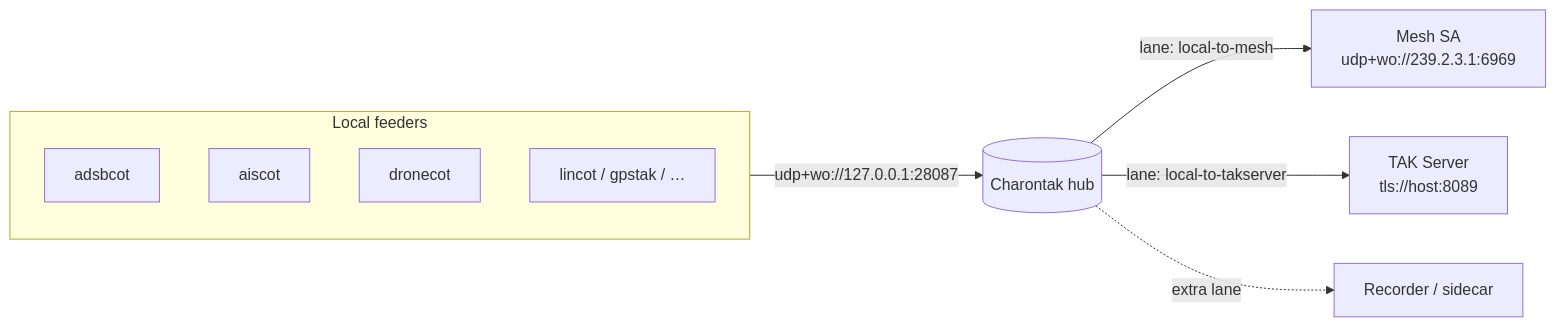
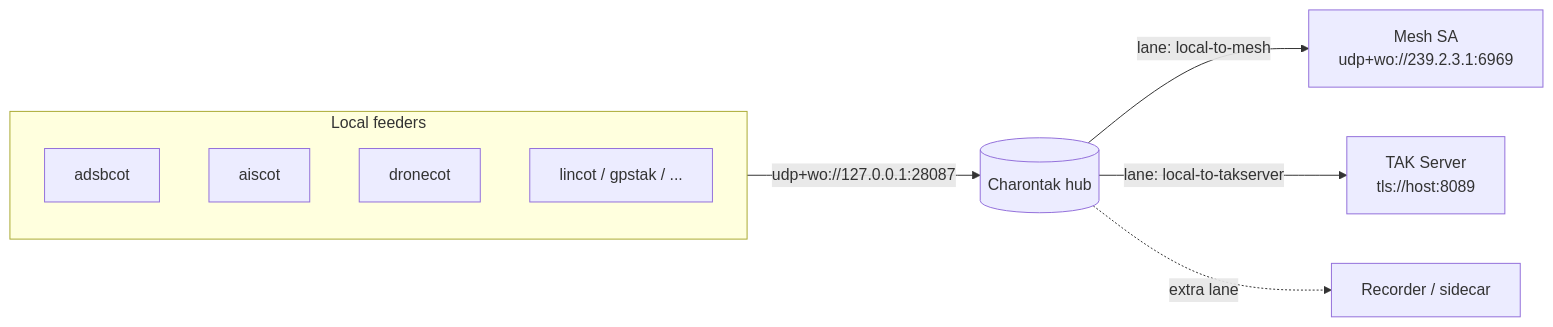
Before and after one commit to snstac/aryaos: the diagram in docs/admin/charontak-lanes.md, drawn with Mermaid. The commit also changed other lines of this file and 59 other files, not shown here.

````diff
--- a/docs/admin/charontak-lanes.md
+++ b/docs/admin/charontak-lanes.md
@@ -13,13 +13,13 @@
 ```mermaid
 flowchart LR
   subgraph feeders[Local feeders]
     a[adsbcot]
     b[aiscot]
     c[dronecot]
-    d[lincot / gpstak / …]
+    d[lincot / gpstak / ...]
   end
   feeders -->|udp+wo://127.0.0.1:28087| hub[(Charontak hub)]
   hub -->|lane: local-to-mesh| mesh[Mesh SA<br/>udp+wo://239.2.3.1:6969]
   hub -->|lane: local-to-takserver| tak[TAK Server<br/>tls://host:8089]
   hub -.->|extra lane| tool[Recorder / sidecar]
 ```
````
